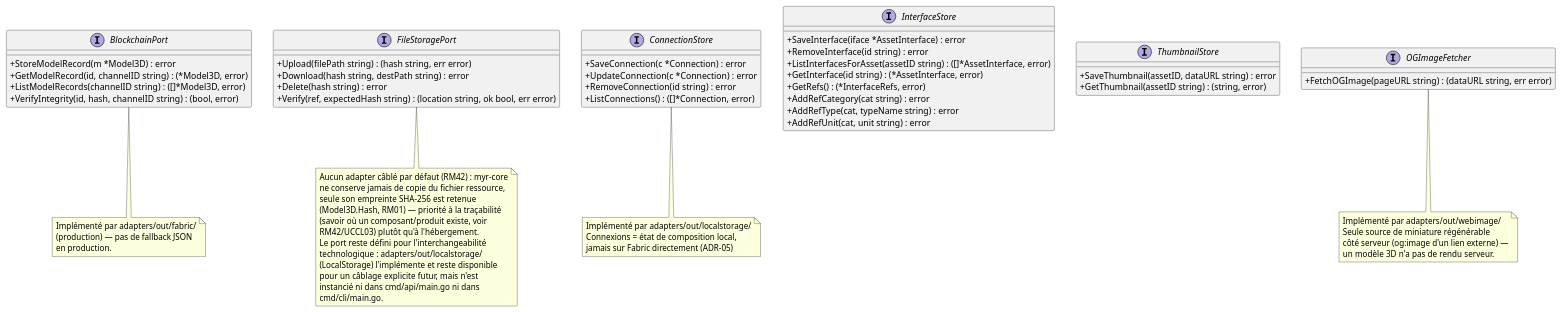
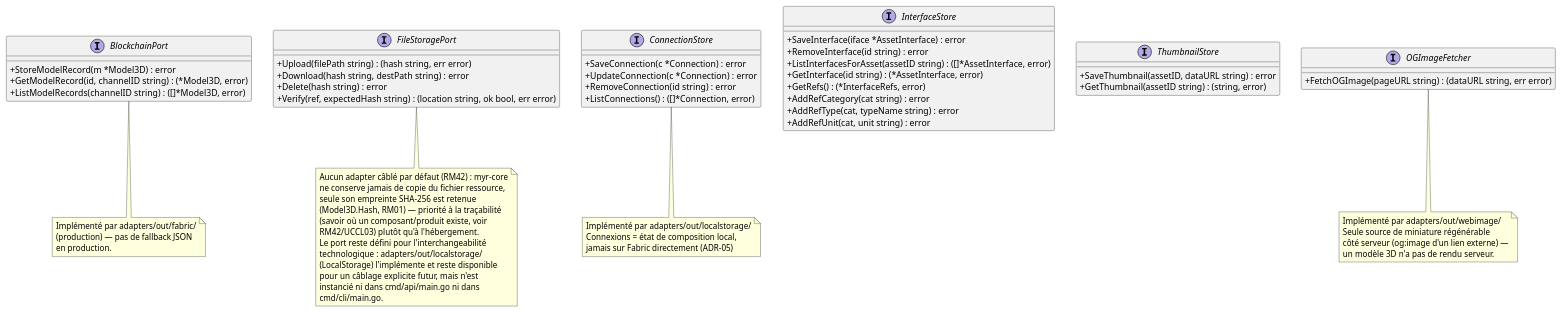
The fifth of 5 diagrams in specs/3-Conception/Architecture_Composition.md (myr-forge/myr-core), drawn with PlantUML before and after one commit. The commit also changed other lines of this file and 52 other files, not shown here.

````diff
--- a/specs/3-Conception/Architecture_Composition.md
+++ b/specs/3-Conception/Architecture_Composition.md
@@ -462,81 +461,80 @@
 ```plantuml
 @startuml
 skinparam classAttributeIconSize 0
 
 interface BlockchainPort {
   + StoreModelRecord(m *Model3D) : error
   + GetModelRecord(id, channelID string) : (*Model3D, error)
   + ListModelRecords(channelID string) : ([]*Model3D, error)
-  + VerifyIntegrity(id, hash, channelID string) : (bool, error)
 }
 
 interface FileStoragePort {
   + Upload(filePath string) : (hash string, err error)
   + Download(hash string, destPath string) : error
   + Delete(hash string) : error
   + Verify(ref, expectedHash string) : (location string, ok bool, err error)
 }
 
 interface ConnectionStore {
   + SaveConnection(c *Connection) : error
   + UpdateConnection(c *Connection) : error
   + RemoveConnection(id string) : error
   + ListConnections() : ([]*Connection, error)
 }
 
 interface InterfaceStore {
   + SaveInterface(iface *AssetInterface) : error
   + RemoveInterface(id string) : error
   + ListInterfacesForAsset(assetID string) : ([]*AssetInterface, error)
   + GetInterface(id string) : (*AssetInterface, error)
   + GetRefs() : (*InterfaceRefs, error)
   + AddRefCategory(cat string) : error
   + AddRefType(cat, typeName string) : error
   + AddRefUnit(cat, unit string) : error
 }
 
 interface ThumbnailStore {
   + SaveThumbnail(assetID, dataURL string) : error
   + GetThumbnail(assetID string) : (string, error)
 }
 
 interface OGImageFetcher {
   + FetchOGImage(pageURL string) : (dataURL string, err error)
 }
 
 note bottom of BlockchainPort
   Implémenté par adapters/out/fabric/
   (production) — pas de fallback JSON
   en production.
 end note
 
 note bottom of FileStoragePort
   Aucun adapter câblé par défaut (RM42) : myr-core
   ne conserve jamais de copie du fichier ressource,
   seule son empreinte SHA-256 est retenue
   (Model3D.Hash, RM01) — priorité à la traçabilité
   (savoir où un composant/produit existe, voir
   RM42/UCCL03) plutôt qu'à l'hébergement.
   Le port reste défini pour l'interchangeabilité
   technologique : adapters/out/localstorage/
   (LocalStorage) l'implémente et reste disponible
   pour un câblage explicite futur, mais n'est
   instancié ni dans cmd/api/main.go ni dans
   cmd/cli/main.go.
 end note
 
 note bottom of ConnectionStore
   Implémenté par adapters/out/localstorage/
   Connexions = état de composition local,
   jamais sur Fabric directement (ADR-05)
 end note
 
 note bottom of OGImageFetcher
   Implémenté par adapters/out/webimage/
   Seule source de miniature régénérable
   côté serveur (og:image d'un lien externe) —
   un modèle 3D n'a pas de rendu serveur.
 end note
 
 @enduml
 ```
````
